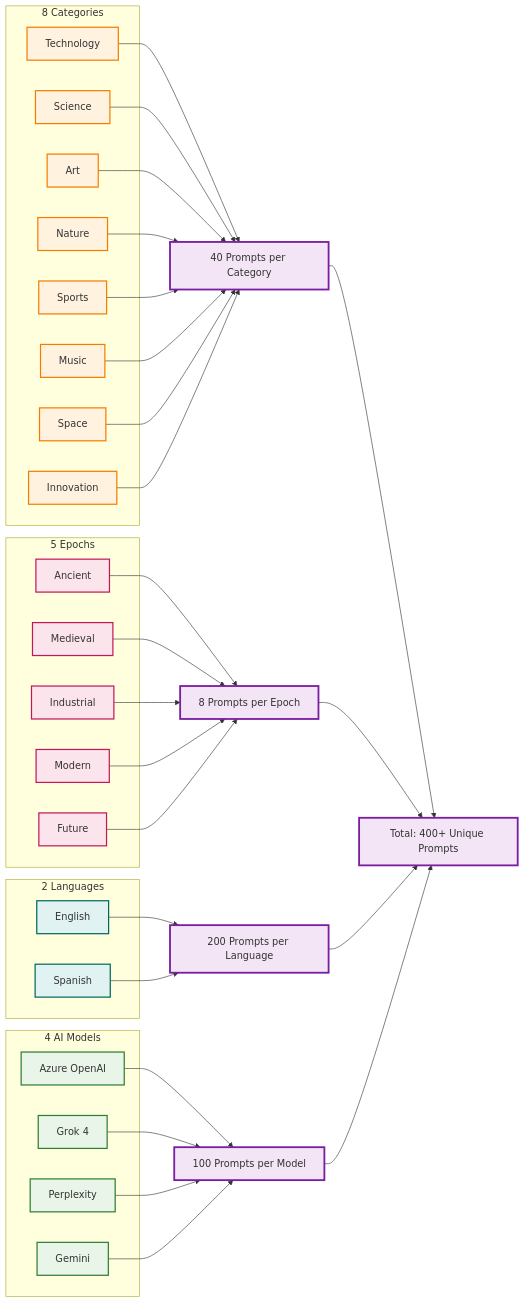
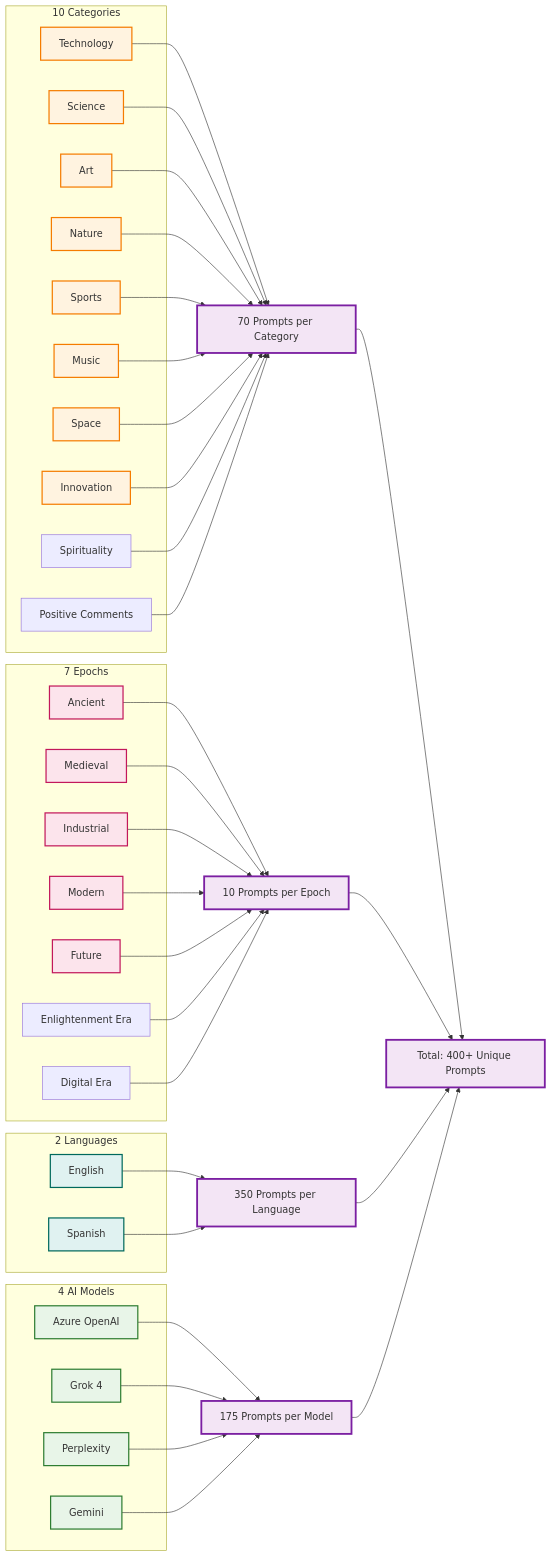
One commit to zimaxnet/orb-game changed the third of 3 diagrams in PROMPTS_REFERENCE.md. Above: the diagram before and after it, drawn with Mermaid. The commit also changed other lines of this file and 6 other files, not shown here.

````diff
--- a/PROMPTS_REFERENCE.md
+++ b/PROMPTS_REFERENCE.md
@@ -196,73 +200,81 @@
 ```mermaid
 graph LR
-    subgraph "8 Categories"
+    subgraph "10 Categories"
         A1[Technology]
         A2[Science]
         A3[Art]
         A4[Nature]
         A5[Sports]
         A6[Music]
         A7[Space]
         A8[Innovation]
+        A9[Spirituality]
+        A10[Positive Comments]
     end
     
-    subgraph "5 Epochs"
+    subgraph "7 Epochs"
         B1[Ancient]
         B2[Medieval]
         B3[Industrial]
         B4[Modern]
         B5[Future]
+        B6[Enlightenment Era]
+        B7[Digital Era]
     end
     
     subgraph "2 Languages"
         C1[English]
         C2[Spanish]
     end
     
     subgraph "4 AI Models"
         D1[Azure OpenAI]
         D2[Grok 4]
         D3[Perplexity]
         D4[Gemini]
     end
     
-    A1 --> E[40 Prompts per Category]
+    A1 --> E[70 Prompts per Category]
     A2 --> E
     A3 --> E
     A4 --> E
     A5 --> E
     A6 --> E
     A7 --> E
     A8 --> E
+    A9 --> E
+    A10 --> E
     
-    B1 --> F[8 Prompts per Epoch]
+    B1 --> F[10 Prompts per Epoch]
     B2 --> F
     B3 --> F
     B4 --> F
     B5 --> F
+    B6 --> F
+    B7 --> F
     
-    C1 --> G[200 Prompts per Language]
+    C1 --> G[350 Prompts per Language]
     C2 --> G
     
-    D1 --> H[100 Prompts per Model]
+    D1 --> H[175 Prompts per Model]
     D2 --> H
     D3 --> H
     D4 --> H
     
     E --> I[Total: 400+ Unique Prompts]
     F --> I
     G --> I
     H --> I
     
     classDef categories fill:#fff3e0,stroke:#f57c00,stroke-width:2px
     classDef epochs fill:#fce4ec,stroke:#c2185b,stroke-width:2px
     classDef languages fill:#e0f2f1,stroke:#00695c,stroke-width:2px
     classDef models fill:#e8f5e8,stroke:#2e7d32,stroke-width:2px
     classDef totals fill:#f3e5f5,stroke:#7b1fa2,stroke-width:3px
     
     class A1,A2,A3,A4,A5,A6,A7,A8 categories
     class B1,B2,B3,B4,B5 epochs
     class C1,C2 languages
     class D1,D2,D3,D4 models
     class E,F,G,H,I totals
 ```
````
